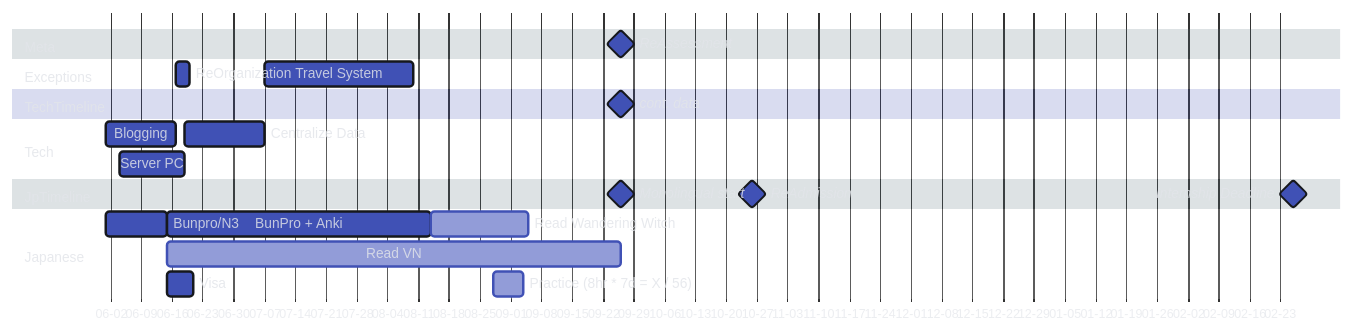
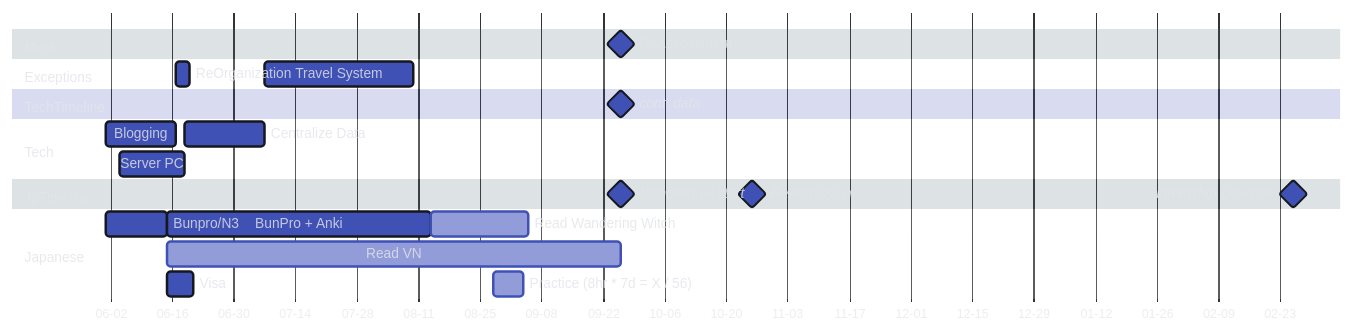
Before and after one commit to Serralq/Project-Norn: the first of 2 diagrams in docs/index.md, drawn with Mermaid.

Commit message:
Double the tick intervals

````diff
--- a/docs/index.md
+++ b/docs/index.md
@@ -34,49 +34,49 @@
     ``` mermaid
     ---
     displayMode: compact
     ---
     %%{
       init: {
         'theme': 'base',
         'themeVariables': {
           'darkMode': 'true',
           'fontFamily': 'hermit',
           'primaryColor': '#4051b5',
           'primaryBorderColor': '#16181D',
           'tertiaryColor': '#546d78',
           'tertiaryTextColor': '#E2E4E9D1',
           'textColor': '#E2E4E9D1',
           'noteTextColor': '#E2E4E9D1'
         }
       }
     }%%
     gantt
       dateFormat YY-MM-DD
       axisFormat %m-%d
-      tickInterval 1week
+      tickInterval 2week
       todayMarker stroke-width:3px,stroke:#E2E4E9,opacity:0.5
       section Meta
         ReAssessment              :milestone,  m1, 24-09-26, 0d
       section Exceptions
         ReOrganization            :            m3 , 24-06-17, 24-06-20
         Travel System             :            m4 , 24-07-07, 24-08-10
       section TechTimeline
         cont. data                    :milestone,  t4 , after m1, 0d
       section Tech
         Blogging                  :            t1 , 24-06-01, 24-06-17
         Server PC                 :            t2 , 24-06-04, 24-06-19
         Centralize Data           :            t3 , 24-06-19, 24-07-07
       section JpTimeline
         Monolingual start         :milestone,  j11, 24-09-26, 0d
         ReAdmission               :milestone,  j10, 24-10-26, 0d
         Internship Deadline       :milestone,  j12, 25-02-26, 0d
       section Japanese
         Bunpro/N3                     :            j1 , 24-06-01, 24-06-15
         BunPro + Anki                 :            j2 , after j1, 24-08-14
         Read VN                       :active,     j3 , after j1, until m1
         Visa                          :            j4 , 24-06-15, 24-06-21
         Read Wandering Witch          :active,     j5 , 24-08-14, 24-09-05
         Practice (8hr * 7d = X / 56)  :active,     j6 , 24-08-28, 24-09-04
         %% Futures
       section Stationaries
     ```
````
